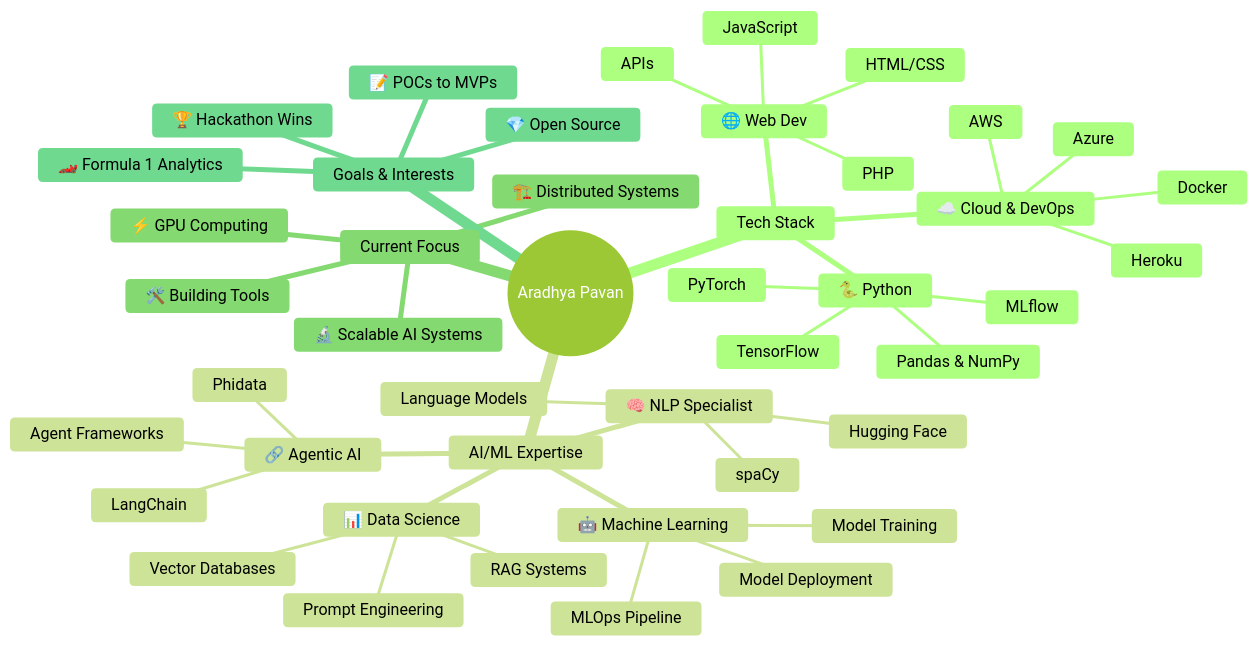
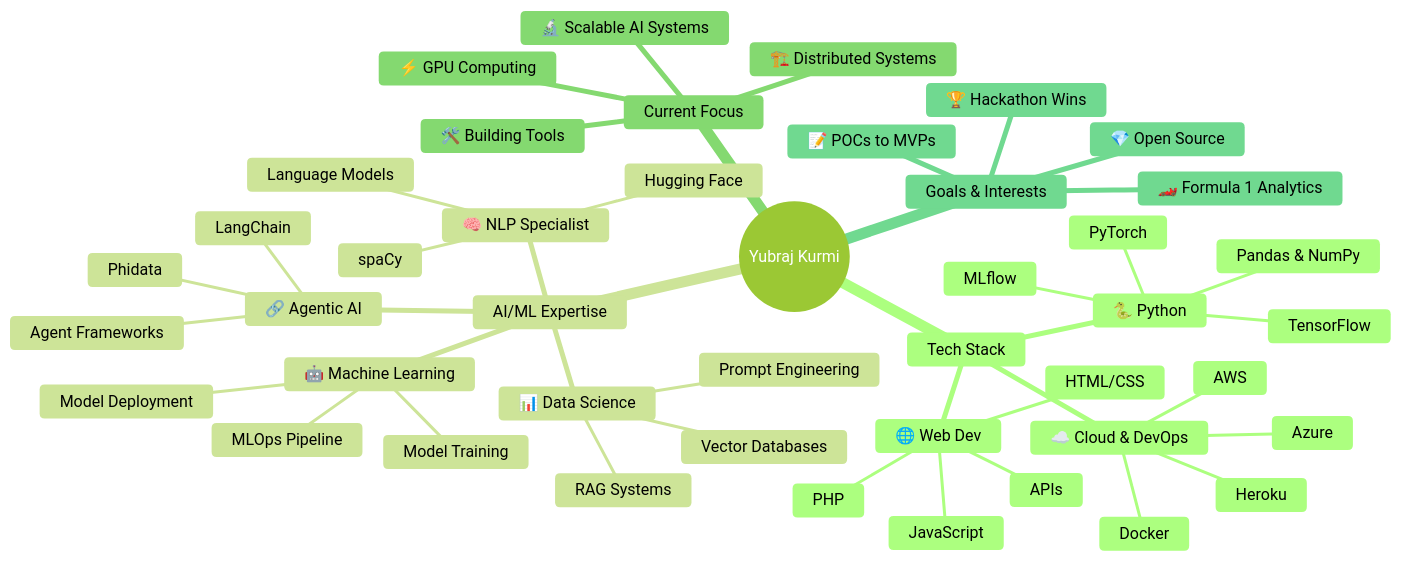
Before and after one commit to BugBasherX/BugBasherX: the diagram in README.md, drawn with Mermaid. The commit also changed other lines of this file, not shown here.

Commit message:
Update README for Yubraj Kurmi

````diff
--- a/README.md
+++ b/README.md
@@ -198,48 +147,48 @@
 ```mermaid
 %%{init: {'theme':'forest', 'themeVariables': { 'background': 'transparent' }}}%%
 mindmap
-  root((Aradhya Pavan))
+  root((Yubraj Kurmi))
     Tech Stack
       🐍 Python
         PyTorch
         TensorFlow
         Pandas & NumPy
         MLflow
       🌐 Web Dev
         PHP
         JavaScript
         HTML/CSS
         APIs
       ☁️ Cloud & DevOps
         AWS
         Azure
         Docker
         Heroku
     AI/ML Expertise
       🤖 Machine Learning
         Model Training
         Model Deployment
         MLOps Pipeline
       🧠 NLP Specialist
         spaCy
         Hugging Face
         Language Models
       🔗 Agentic AI
         LangChain
         Phidata
         Agent Frameworks
       📊 Data Science
         Vector Databases
         RAG Systems
         Prompt Engineering
     Current Focus
       🔬 Scalable AI Systems
       ⚡ GPU Computing
       🏗️ Distributed Systems
       🛠️ Building Tools
     Goals & Interests
       🏎️ Formula 1 Analytics
       🏆 Hackathon Wins
       📝 POCs to MVPs
       💎 Open Source
 ```
````
